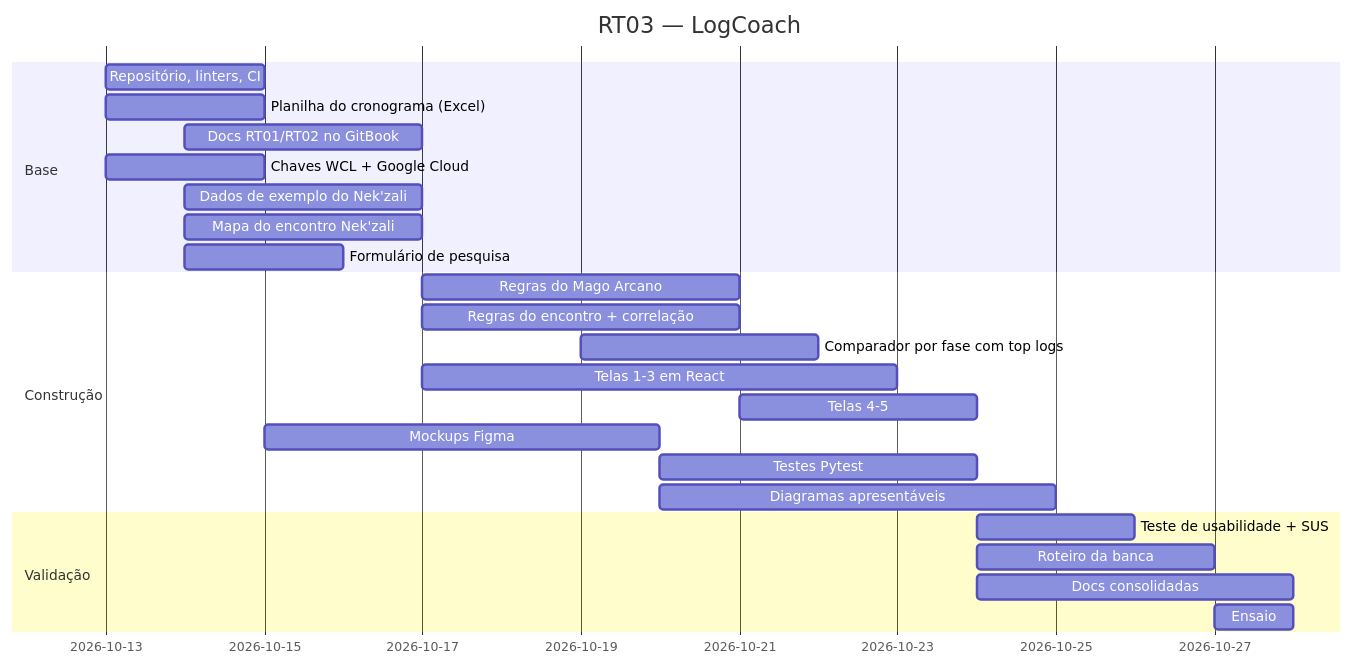
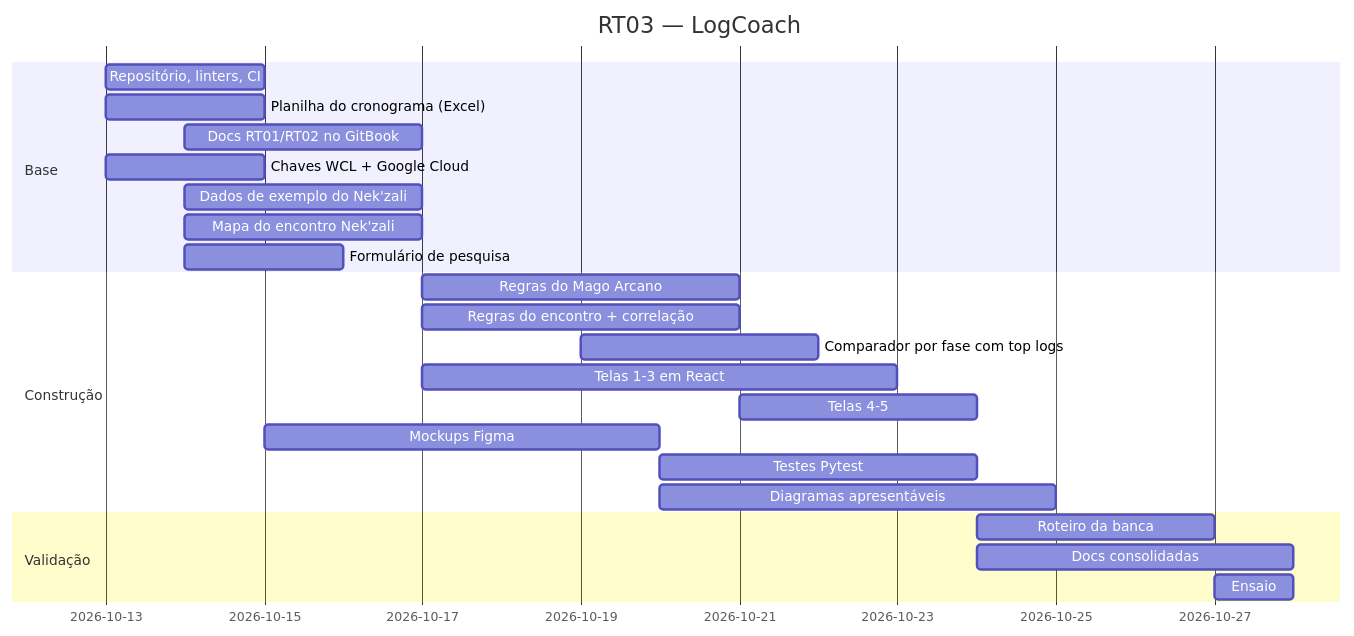
The diagram in docs/06-planejamento-de-tarefas.md (jp4inbr/LogCoach), drawn with Mermaid before and after one commit. The commit also changed other lines of this file and 7 other files, not shown here.

First line of the commit message:
docs: remove o teste de usabilidade com SUS, reserva dos slides e pesquisa em andamento

````diff
--- a/docs/06-planejamento-de-tarefas.md
+++ b/docs/06-planejamento-de-tarefas.md
@@ -37,27 +36,26 @@
 ```mermaid
 gantt
     dateFormat  YYYY-MM-DD
     title RT03 — LogCoach
     section Base
     Repositório, linters, CI          :2026-10-13, 2d
     Planilha do cronograma (Excel)    :2026-10-13, 2d
     Docs RT01/RT02 no GitBook         :2026-10-14, 3d
     Chaves WCL + Google Cloud         :2026-10-13, 2d
     Dados de exemplo do Nek'zali      :2026-10-14, 3d
     Mapa do encontro Nek'zali         :2026-10-14, 3d
     Formulário de pesquisa            :2026-10-14, 2d
     section Construção
     Regras do Mago Arcano             :2026-10-17, 4d
     Regras do encontro + correlação   :2026-10-17, 4d
     Comparador por fase com top logs  :2026-10-19, 3d
     Telas 1-3 em React                :2026-10-17, 6d
     Telas 4-5                         :2026-10-21, 3d
     Mockups Figma                     :2026-10-15, 5d
     Testes Pytest                     :2026-10-20, 4d
     Diagramas apresentáveis           :2026-10-20, 5d
     section Validação
-    Teste de usabilidade + SUS        :2026-10-24, 2d
     Roteiro da banca                  :2026-10-24, 3d
     Docs consolidadas                 :2026-10-24, 4d
     Ensaio                            :2026-10-27, 1d
 ```
````
